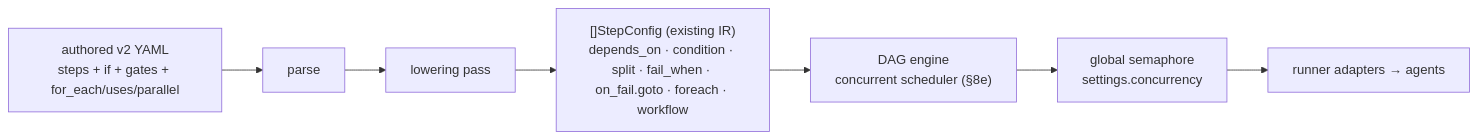
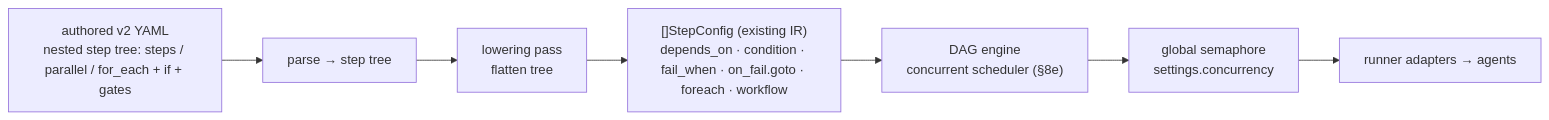
Before and after one commit to orlandoburli/apiary: the first of 4 diagrams in openspec/changes/workflow-sequential-authoring/design.md, drawn with Mermaid. The commit also changed other lines of this file and 2 other files, not shown here.

First line of the commit message:
docs(openspec): composicao por aninhamento visual (nested steps) + join explicito

````diff
--- a/openspec/changes/workflow-sequential-authoring/design.md
+++ b/openspec/changes/workflow-sequential-authoring/design.md
@@ -104,10 +143,10 @@
 ```mermaid
 flowchart LR
-  yaml["authored v2 YAML<br/>steps + if + gates + for_each/uses/parallel"]
-  yaml --> parse[parse]
-  parse --> lower["lowering pass"]
-  lower --> ir["[]StepConfig (existing IR)<br/>depends_on · condition · split · fail_when · on_fail.goto · foreach · workflow"]
+  yaml["authored v2 YAML<br/>nested step tree: steps / parallel / for_each + if + gates"]
+  yaml --> parse[parse → step tree]
+  parse --> lower["lowering pass<br/>flatten tree"]
+  lower --> ir["[]StepConfig (existing IR)<br/>depends_on · condition · fail_when · on_fail.goto · foreach · workflow"]
   ir --> eng["DAG engine<br/>concurrent scheduler (§8e)"]
   eng --> sem["global semaphore<br/>settings.concurrency"]
   sem --> run["runner adapters → agents"]
 ```
````
